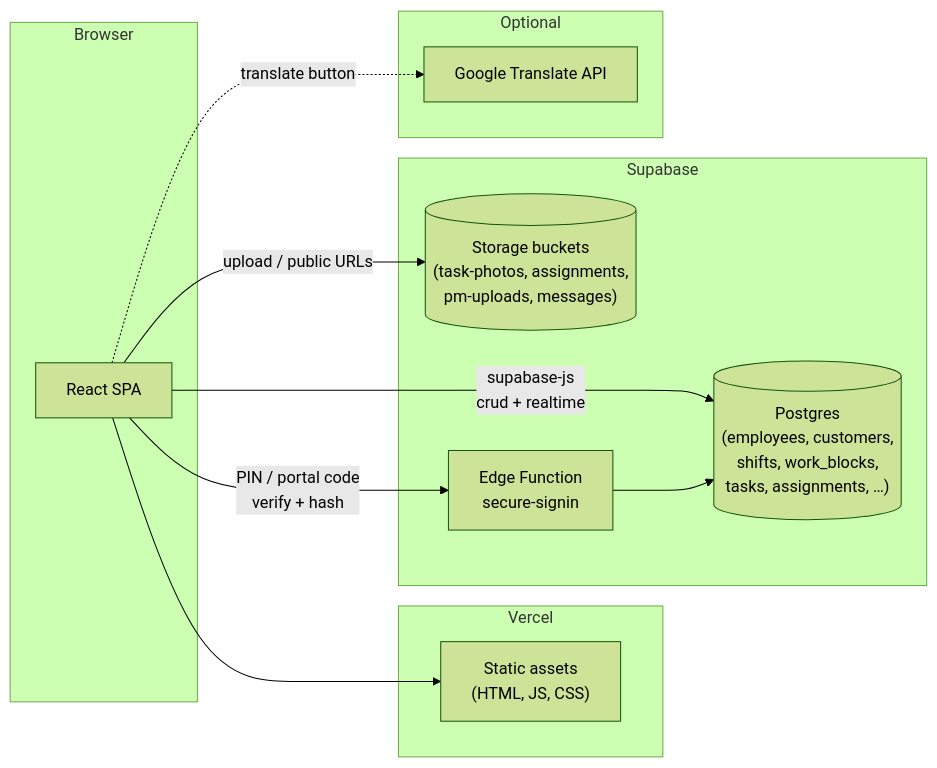
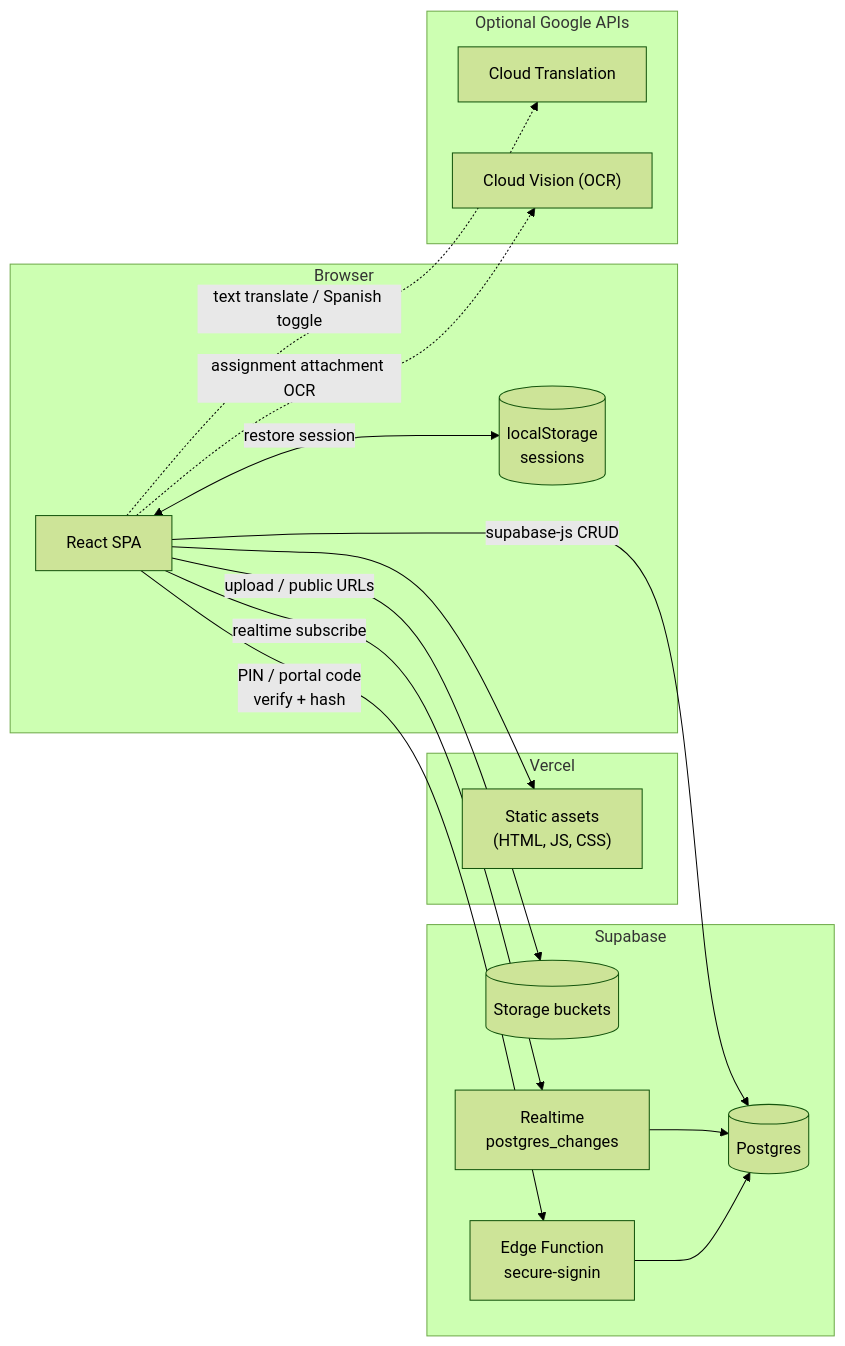
One commit to summit-go/tidytrack changed the diagram in aiDocs/old_architecture.md. Above: the diagram before and after it, drawn with Mermaid (forest theme). The commit also changed other lines of this file and 1 other file, not shown here.

Commit message:
update old architecture

````diff
--- a/aiDocs/old_architecture.md
+++ b/aiDocs/old_architecture.md
@@ -18,27 +20,34 @@
 ```mermaid
 flowchart LR
   subgraph client["Browser"]
     SPA["React SPA"]
+    LS[("localStorage\nsessions")]
   end
 
   subgraph vercel["Vercel"]
     Static["Static assets\n(HTML, JS, CSS)"]
   end
 
   subgraph supabase["Supabase"]
-    PG[("Postgres\n(employees, customers,\nshifts, work_blocks,\ntasks, assignments, …)")]
-    Storage[("Storage buckets\n(task-photos, assignments,\npm-uploads, messages)")]
+    PG[("Postgres")]
+    Storage[("Storage buckets")]
     Edge["Edge Function\nsecure-signin"]
+    RT["Realtime\npostgres_changes"]
   end
 
-  subgraph optional["Optional"]
-    GTranslate["Google Translate API"]
+  subgraph google["Optional Google APIs"]
+    GTranslate["Cloud Translation"]
+    GVision["Cloud Vision (OCR)"]
   end
 
   SPA --> Static
-  SPA -->|"supabase-js\ncrud + realtime"| PG
+  SPA <-->|"restore session"| LS
+  SPA -->|"supabase-js CRUD"| PG
+  SPA -->|"realtime subscribe"| RT
+  RT --> PG
   SPA -->|"upload / public URLs"| Storage
   SPA -->|"PIN / portal code\nverify + hash"| Edge
   Edge --> PG
-  SPA -.->|"translate button"| GTranslate
+  SPA -.->|"text translate / Spanish toggle"| GTranslate
+  SPA -.->|"assignment attachment OCR"| GVision
 ```
````
